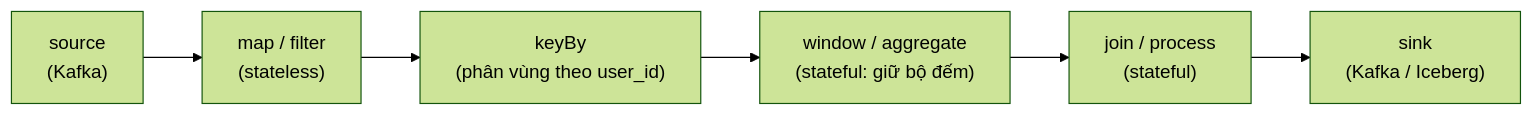
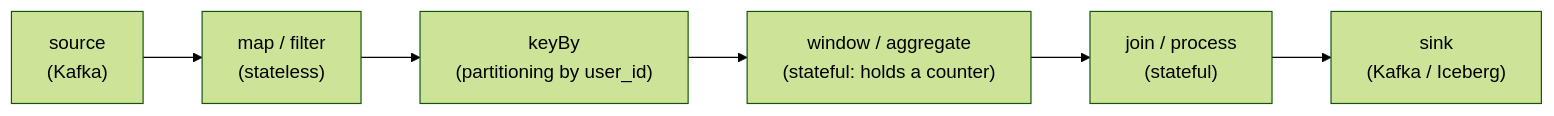
The first of 2 diagrams in i18n/en/docusaurus-plugin-content-docs/current/etl/flink/reference/what-is-flink.md (vuhoang001/knowledge), drawn with Mermaid (forest theme) before and after one commit. The commit also changed other lines of this file and 21 other files, not shown here.

````diff
--- a/i18n/en/docusaurus-plugin-content-docs/current/etl/flink/reference/what-is-flink.md
+++ b/i18n/en/docusaurus-plugin-content-docs/current/etl/flink/reference/what-is-flink.md
@@ -33,8 +32,8 @@
 ```mermaid
 flowchart LR
   S["source<br/>(Kafka)"] --> M["map / filter<br/>(stateless)"]
-  M --> K["keyBy<br/>(phân vùng theo user_id)"]
-  K --> W["window / aggregate<br/>(stateful: giữ bộ đếm)"]
+  M --> K["keyBy<br/>(partitioning by user_id)"]
+  K --> W["window / aggregate<br/>(stateful: holds a counter)"]
   W --> J["join / process<br/>(stateful)"]
   J --> Snk["sink<br/>(Kafka / Iceberg)"]
 ```
````
